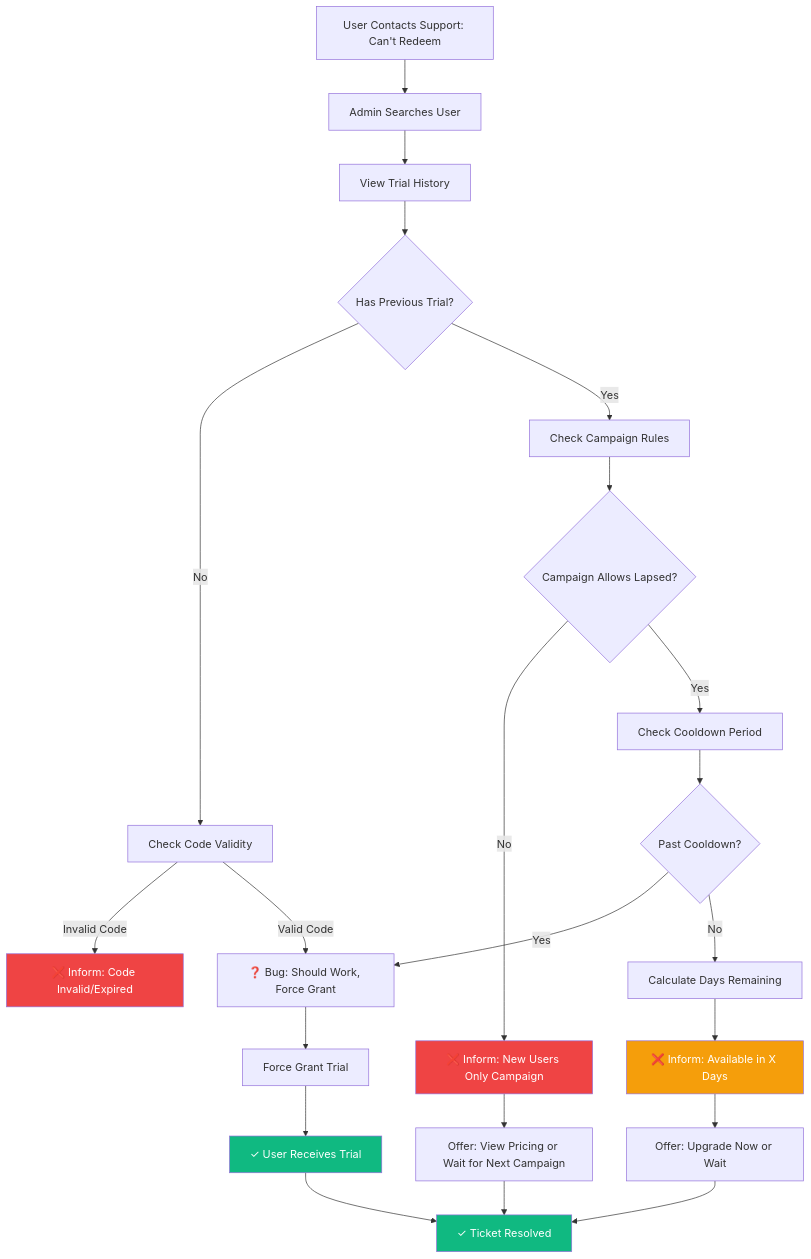
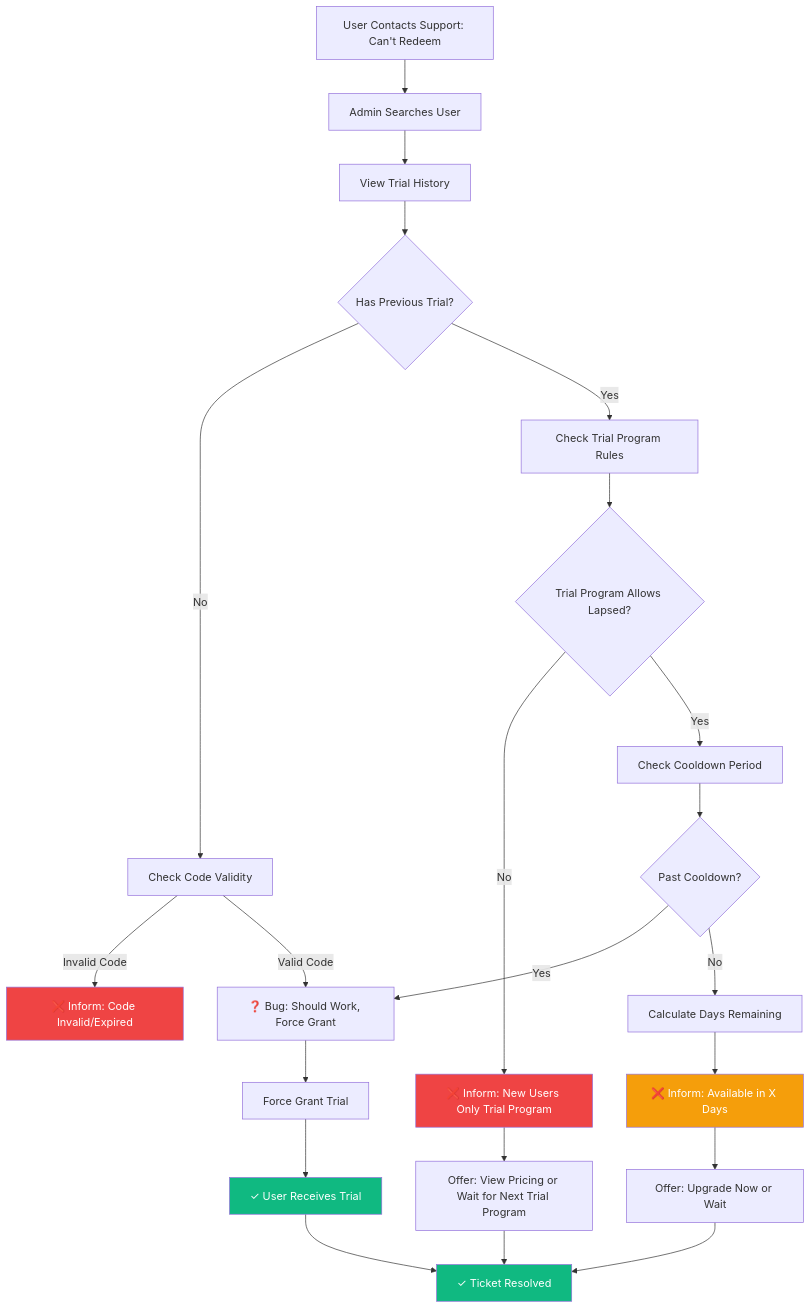
One commit to jmcoleman/codescribe-ai changed the fourth of 4 diagrams in docs/planning/trial-eligibility-enhancement/TRIAL-ELIGIBILITY-WF-PRD.md. Above: the diagram before and after it, drawn with Mermaid. The commit also changed other lines of this file and 64 other files, not shown here.

````diff
--- a/docs/planning/trial-eligibility-enhancement/TRIAL-ELIGIBILITY-WF-PRD.md
+++ b/docs/planning/trial-eligibility-enhancement/TRIAL-ELIGIBILITY-WF-PRD.md
@@ -456,30 +456,30 @@
 ```mermaid
 flowchart TD
     A[User Contacts Support: Can't Redeem] --> B[Admin Searches User]
     B --> C[View Trial History]
     C --> D{Has Previous Trial?}
     D -->|No| E[Check Code Validity]
     E -->|Invalid Code| F[❌ Inform: Code Invalid/Expired]
     E -->|Valid Code| G[❓ Bug: Should Work, Force Grant]
-    D -->|Yes| H[Check Campaign Rules]
-    H --> I{Campaign Allows Lapsed?}
-    I -->|No| J[❌ Inform: New Users Only Campaign]
-    J --> K[Offer: View Pricing or Wait for Next Campaign]
+    D -->|Yes| H[Check Trial Program Rules]
+    H --> I{Trial Program Allows Lapsed?}
+    I -->|No| J[❌ Inform: New Users Only Trial Program]
+    J --> K[Offer: View Pricing or Wait for Next Trial Program]
     I -->|Yes| L[Check Cooldown Period]
     L --> M{Past Cooldown?}
     M -->|Yes| G
     M -->|No| N[Calculate Days Remaining]
     N --> O[❌ Inform: Available in X Days]
     O --> P[Offer: Upgrade Now or Wait]
     G --> Q[Force Grant Trial]
     Q --> R[✓ User Receives Trial]
     K --> S[✓ Ticket Resolved]
     P --> S
     R --> S
 
     style R fill:#10b981,color:#fff
     style S fill:#10b981,color:#fff
     style F fill:#ef4444,color:#fff
     style J fill:#ef4444,color:#fff
     style O fill:#f59e0b,color:#fff
 ```
````
